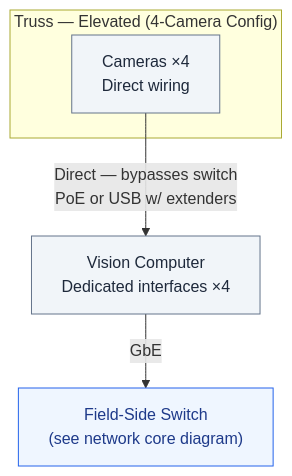
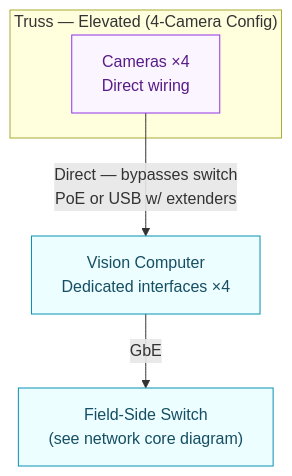
One commit to RoboCup-SSL/ssl-docs changed the diagram in docs-source/field/network/diagrams/cam-direct.mmd. Above: the diagram before and after it, drawn with Mermaid. The commit also changed 92 other files, not shown here.

Commit message:
add drawio support, detail network diagrams

```diff
--- a/docs-source/field/network/diagrams/cam-direct.mmd
+++ b/docs-source/field/network/diagrams/cam-direct.mmd
@@ -1,12 +1,12 @@
 flowchart TD
     subgraph TrussDirect["Truss — Elevated (4-Camera Config)"]
         Cameras["Cameras ×4<br/>Direct wiring"]
     end
 
     Cameras -- "Direct — bypasses switch<br/>PoE or USB w/ extenders" --> Vision["Vision Computer<br/>Dedicated interfaces ×4"]
     Vision -- "GbE" --> Switch["Field-Side Switch<br/>(see network core diagram)"]
 
-    classDef gray fill:#f1f5f9,stroke:#64748b,color:#1e293b;
-    classDef blue fill:#eff6ff,stroke:#2563eb,color:#1e3a8a;
-    class Cameras,Vision gray;
-    class Switch blue;
+    classDef purple fill:#faf5ff,stroke:#9333ea,color:#581c87;
+    classDef cyan fill:#ecfeff,stroke:#0891b2,color:#164e63;
+    class Cameras purple;
+    class Vision,Switch cyan;
```
